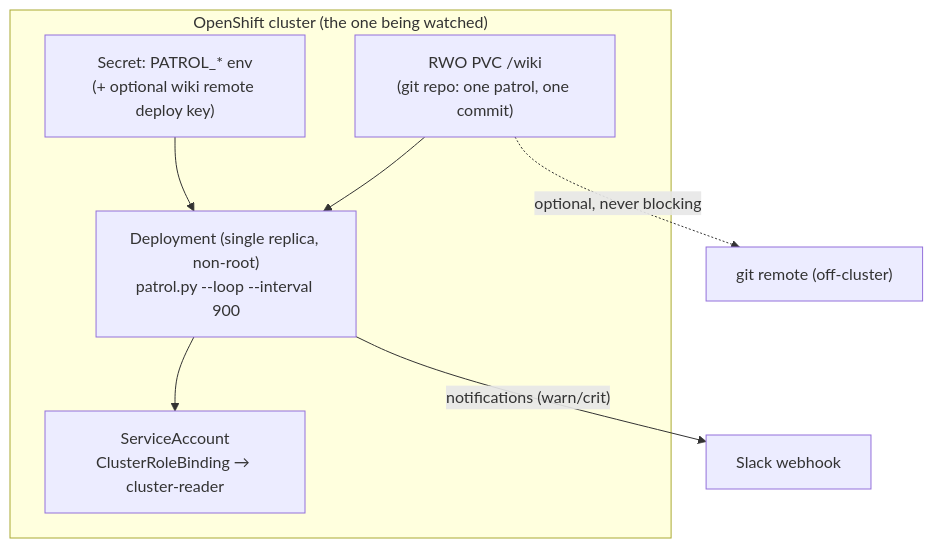
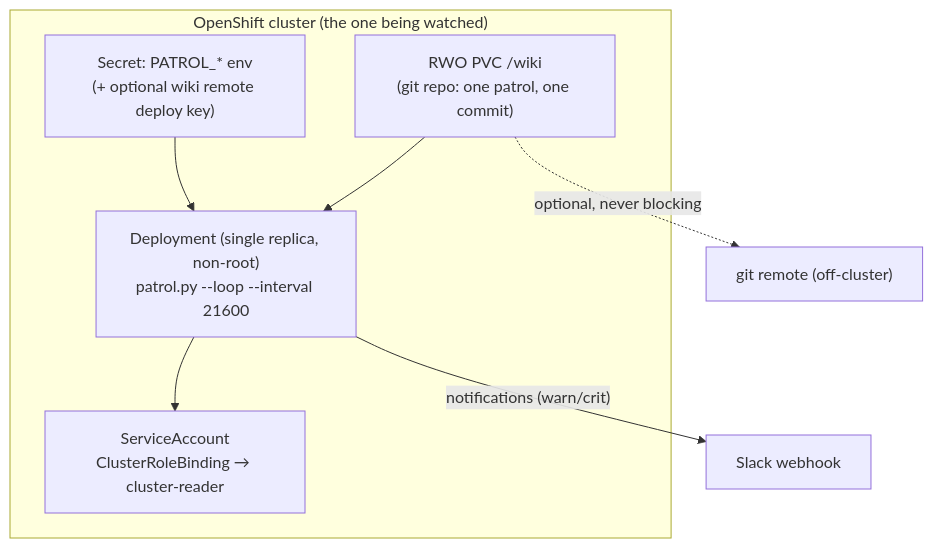
Before and after one commit to thoraxe/ols-patroller: the third of 3 diagrams in ARCHITECTURE.md, drawn with Mermaid. The commit also changed 12 other files, not shown here.

````diff
--- a/ARCHITECTURE.md
+++ b/ARCHITECTURE.md
@@ -93,14 +93,14 @@
 ```mermaid
 flowchart TD
     subgraph cluster["OpenShift cluster (the one being watched)"]
-        POD["Deployment (single replica, non-root)<br/>patrol.py --loop --interval 900"]
+        POD["Deployment (single replica, non-root)<br/>patrol.py --loop --interval 21600"]
         SA["ServiceAccount<br/>ClusterRoleBinding → cluster-reader"]
         PVC["RWO PVC /wiki<br/>(git repo: one patrol, one commit)"]
         SEC["Secret: PATROL_* env<br/>(+ optional wiki remote deploy key)"]
     end
     POD --> SA
     PVC --> POD
     SEC --> POD
     POD -->|"notifications (warn/crit)"| SLACK["Slack webhook"]
     PVC -.->|"optional, never blocking"| GIT["git remote (off-cluster)"]
 ```
````
